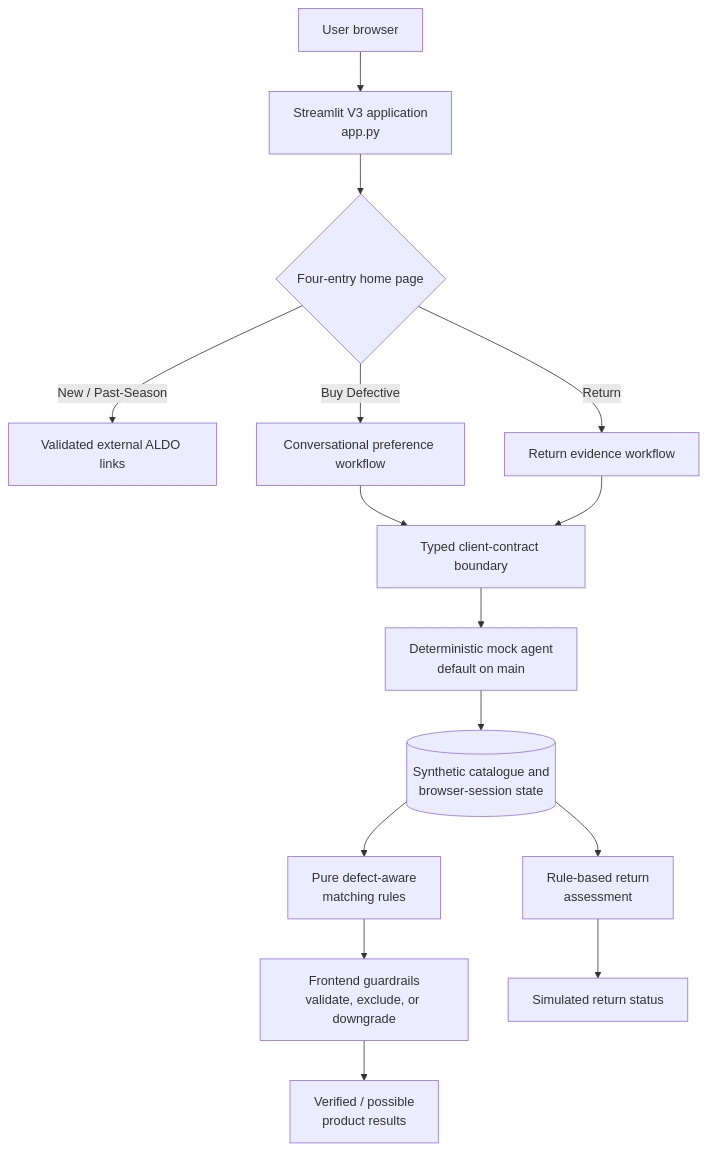
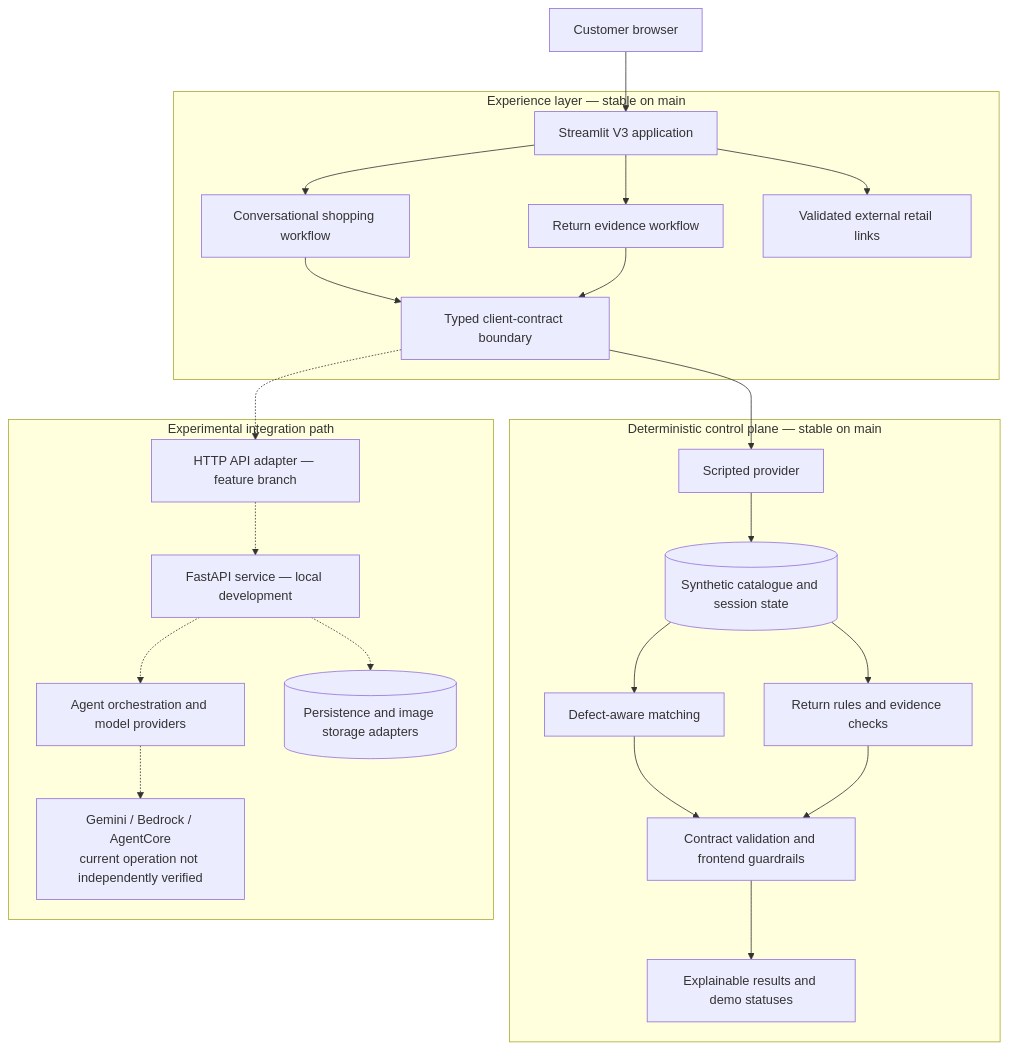
One commit to darrickren/accept_match changed the diagram in README.md. Above: the diagram before and after it, drawn with Mermaid. The commit also changed other lines of this file and 4 other files, not shown here.

````diff
--- a/README.md
+++ b/README.md
@@ -24,20 +33,49 @@
 ```mermaid
 flowchart TD
-    U[User browser] --> S[Streamlit V3 application<br/>app.py]
-    S --> H{Four-entry home page}
-    H -->|New / Past-Season| X[Validated external ALDO links]
-    H -->|Buy Defective| P[Conversational preference workflow]
-    H -->|Return| R[Return evidence workflow]
+    U[Customer browser]
 
-    P --> C[Typed client-contract boundary]
-    R --> C
-    C --> M[Deterministic mock agent<br/>default on main]
+    subgraph UX[Experience layer — stable on main]
+        UI[Streamlit V3 application]
+        SHOP[Conversational shopping workflow]
+        RET[Return evidence workflow]
+        EXT[Validated external retail links]
+        CONTRACT[Typed client-contract boundary]
+    end
 
-    M --> D[(Synthetic catalogue and<br/>browser-session state)]
-    D --> E[Pure defect-aware<br/>matching rules]
-    D --> Q[Rule-based return<br/>assessment]
+    subgraph CONTROL[Deterministic control plane — stable on main]
+        MOCK[Scripted provider]
+        STATE[(Synthetic catalogue and session state)]
+        MATCH[Defect-aware matching]
+        RETURN_RULES[Return rules and evidence checks]
+        GUARD[Contract validation and frontend guardrails]
+        OUTPUT[Explainable results and demo statuses]
+    end
 
-    E --> G[Frontend guardrails<br/>validate, exclude, or downgrade]
-    G --> O[Verified / possible<br/>product results]
-    Q --> T[Simulated return status]
+    subgraph EXP[Experimental integration path]
+        HTTP[HTTP API adapter — feature branch]
+        API[FastAPI service — local development]
+        AGENT[Agent orchestration and model providers]
+        CLOUD[Gemini / Bedrock / AgentCore<br/>current operation not independently verified]
+        STORE[(Persistence and image storage adapters)]
+    end
+
+    U --> UI
+    UI --> SHOP
+    UI --> RET
+    UI --> EXT
+    SHOP --> CONTRACT
+    RET --> CONTRACT
+    CONTRACT --> MOCK
+    MOCK --> STATE
+    STATE --> MATCH
+    STATE --> RETURN_RULES
+    MATCH --> GUARD
+    RETURN_RULES --> GUARD
+    GUARD --> OUTPUT
+
+    CONTRACT -.-> HTTP
+    HTTP -.-> API
+    API -.-> AGENT
+    API -.-> STORE
+    AGENT -.-> CLOUD
 ```
````
